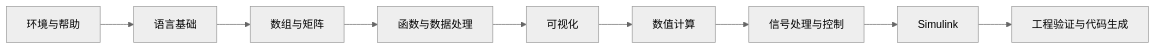
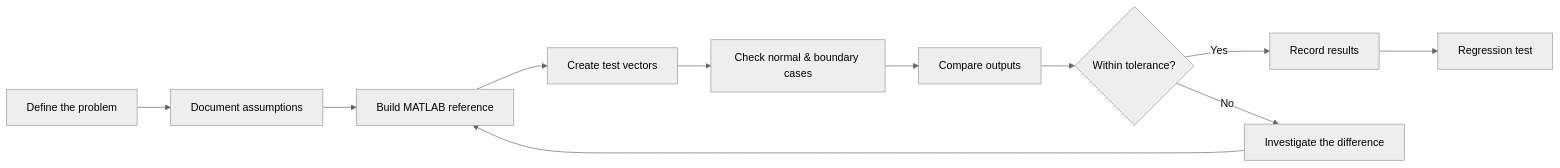
The second of 2 diagrams in README.md (ilikui/Matlab), drawn with Mermaid (neutral theme) before and after one commit. The commit also changed other lines of this file, not shown here.

Commit message:
docs: redesign MATLAB repository README

````diff
--- a/README.md
+++ b/README.md
@@ -21,11 +96,13 @@
 ```mermaid
 flowchart LR
-    A[环境与帮助] --> B[语言基础]
-    B --> C[数组与矩阵]
-    C --> D[函数与数据处理]
-    D --> E[可视化]
-    E --> F[数值计算]
-    F --> G[信号处理与控制]
-    G --> H[Simulink]
-    H --> I[工程验证与代码生成]
+    A["Define the problem"] --> B["Document assumptions"]
+    B --> C["Build MATLAB reference"]
+    C --> D["Create test vectors"]
+    D --> E["Check normal & boundary cases"]
+    E --> F["Compare outputs"]
+    F --> G{"Within tolerance?"}
+    G -- Yes --> H["Record results"]
+    G -- No --> I["Investigate the difference"]
+    I --> C
+    H --> J["Regression test"]
 ```
````
